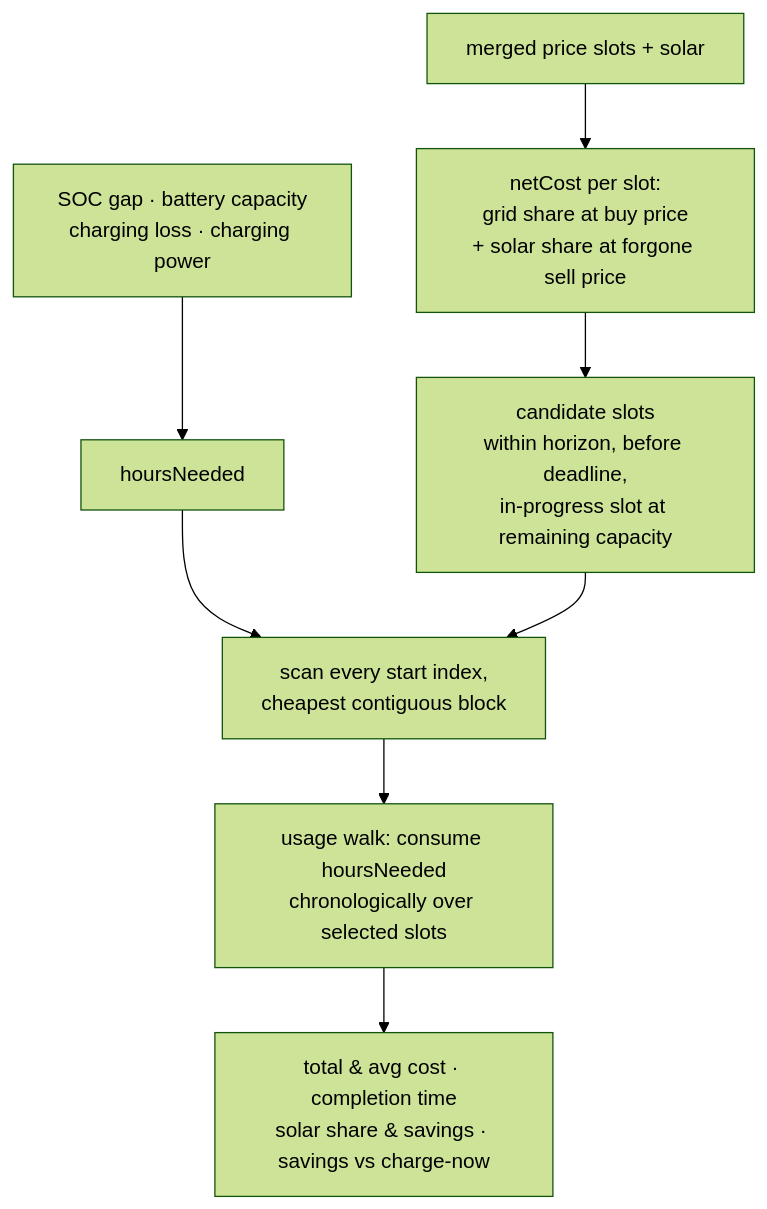
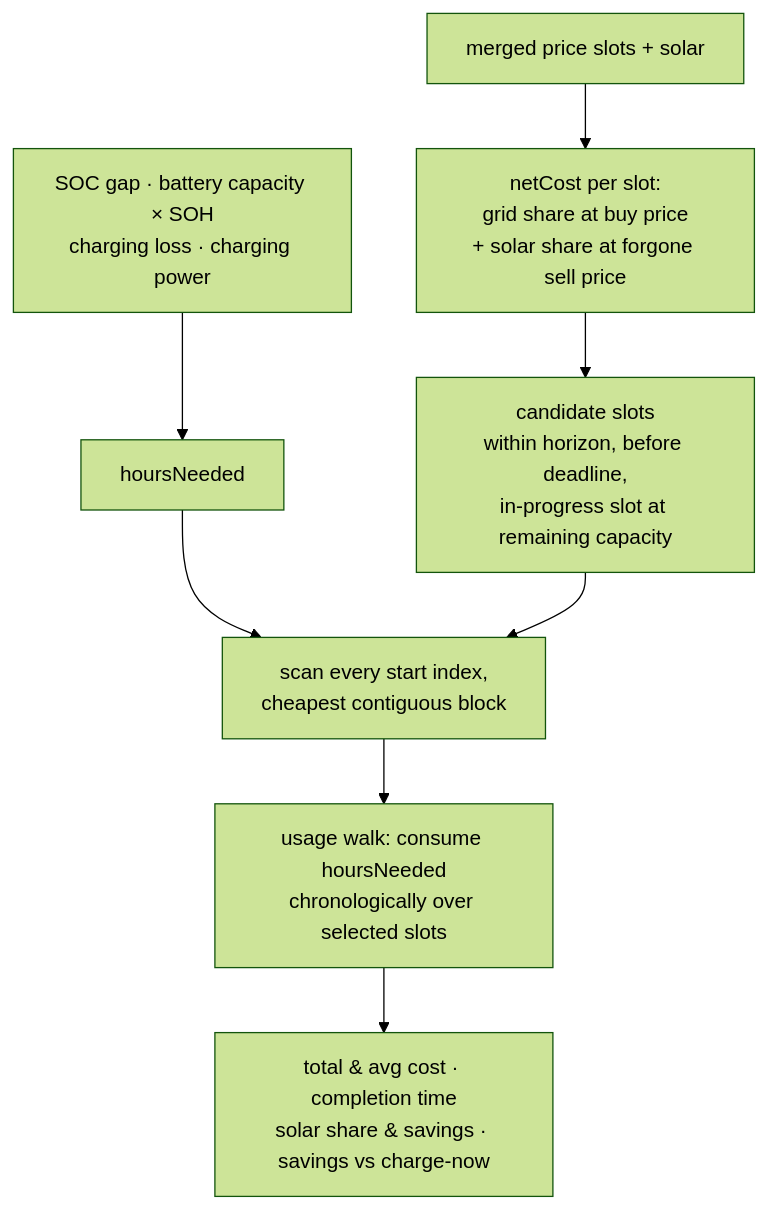
One commit to ltpk/charging-optimizer changed the second of 3 diagrams in README.md. Above: the diagram before and after it, drawn with Mermaid (forest theme). The commit also changed other lines of this file and 5 other files, not shown here.

First line of the commit message:
Add battery state of health (SOH) setting (#43)

````diff
--- a/README.md
+++ b/README.md
@@ -65,10 +65,10 @@
 ```mermaid
 flowchart TD
-  IN["SOC gap · battery capacity<br>charging loss · charging power"] --> HN["hoursNeeded"]
+  IN["SOC gap · battery capacity × SOH<br>charging loss · charging power"] --> HN["hoursNeeded"]
   SLOTS["merged price slots + solar"] --> NC["netCost per slot:<br>grid share at buy price<br>+ solar share at forgone sell price"]
   NC --> CAND["candidate slots<br>within horizon, before deadline,<br>in-progress slot at remaining capacity"]
   HN --> CONS["scan every start index,<br>cheapest contiguous block"]
   CAND --> CONS
   CONS --> WALK["usage walk: consume hoursNeeded<br>chronologically over selected slots"]
   WALK --> OUT["total & avg cost · completion time<br>solar share & savings · savings vs charge-now"]
 ```
````
